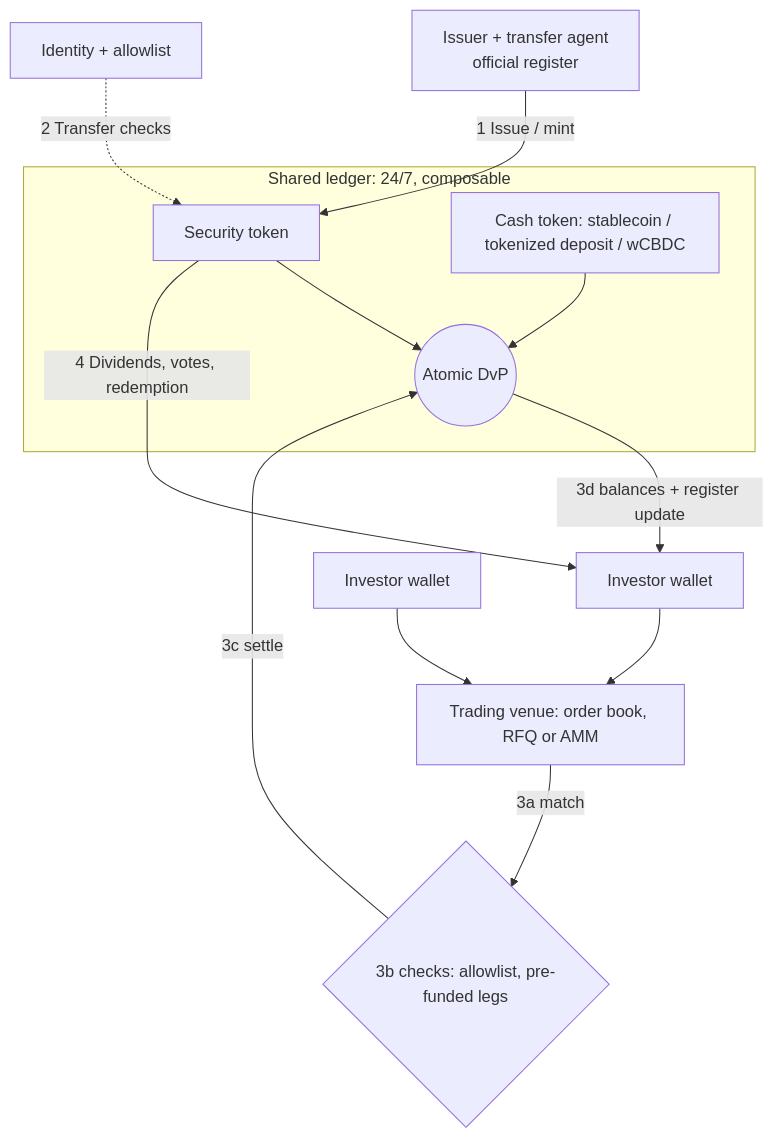
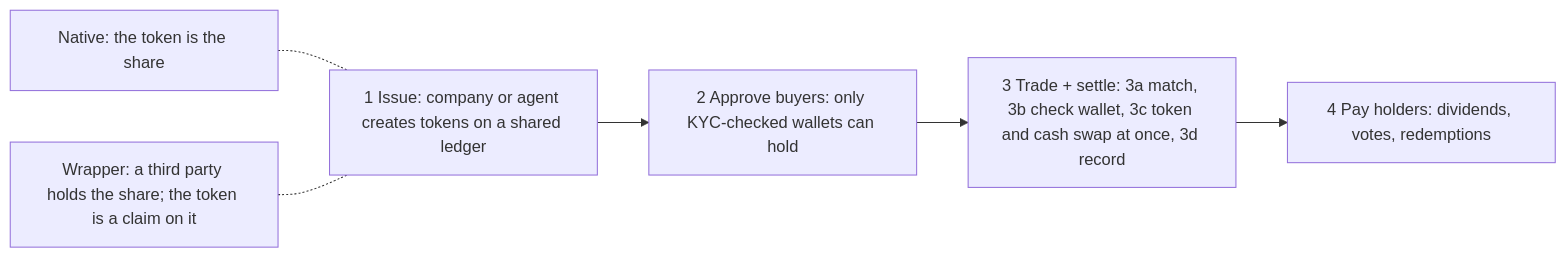
Before and after one commit to edyavno/edstokenizedsecuritiesrails: the diagram in content/overview.md, drawn with Mermaid. The commit also changed other lines of this file and 6 other files, not shown here.

Commit message:
Publish detailed overview diagram and 'See the detailed version' links

````diff
--- a/content/overview.md
+++ b/content/overview.md
@@ -104,15 +117,8 @@
 ```mermaid
-flowchart TB
-  I[Issuer + transfer agent<br/>official register] -->|1 Issue / mint| T[Security token]
-  K[Identity + allowlist] -.->|2 Transfer checks| T
-  subgraph L[Shared ledger: 24/7, composable]
-    T --> D((Atomic DvP))
-    C[Cash token: stablecoin / tokenized deposit / wCBDC] --> D
-  end
-  A[Investor wallet] --> V[Trading venue: order book, RFQ or AMM]
-  B[Investor wallet] --> V
-  V -->|3a match| P{3b checks: allowlist, pre-funded legs}
-  P -->|3c settle| D
-  D -->|3d balances + register update| A
-  T -->|4 Dividends, votes, redemption| A
+flowchart LR
+  S1[1 Issue: company or agent creates tokens on a shared ledger] --> S2[2 Approve buyers: only KYC-checked wallets can hold]
+  S2 --> S3[3 Trade + settle: 3a match, 3b check wallet, 3c token and cash swap at once, 3d record]
+  S3 --> S4[4 Pay holders: dividends, votes, redemptions]
+  N[Native: the token is the share] -.- S1
+  W[Wrapper: a third party holds the share; the token is a claim on it] -.- S1
 ```
````
